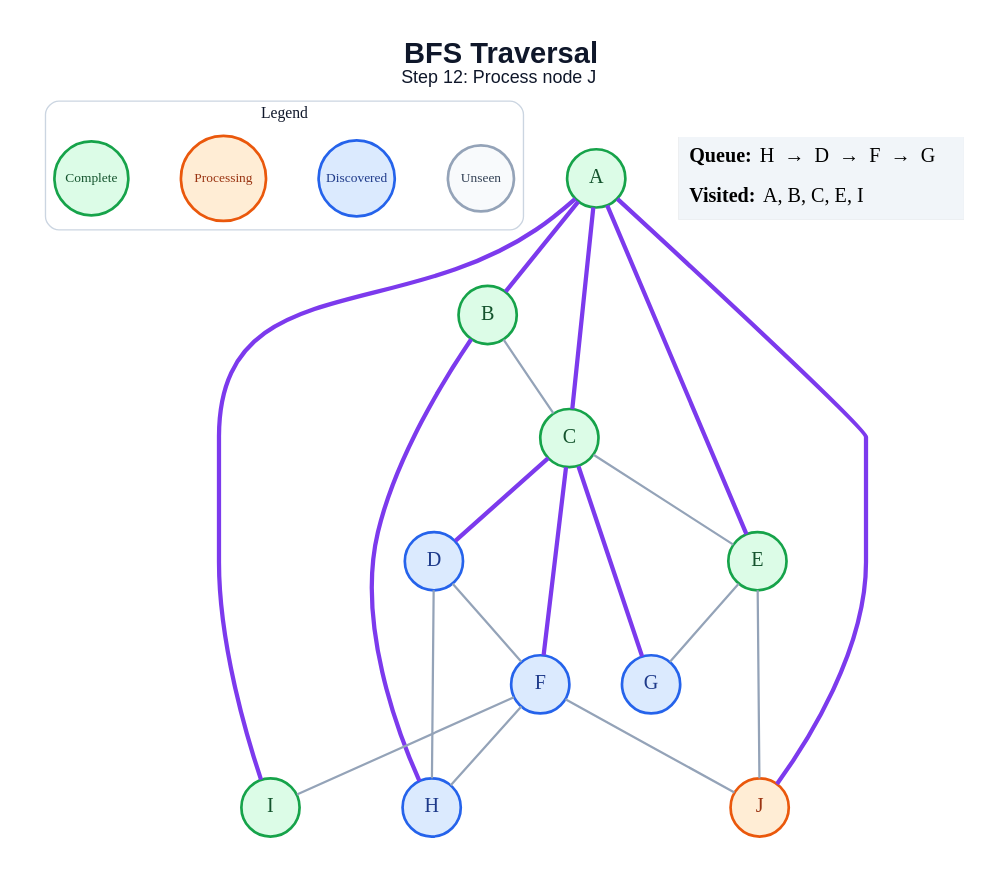
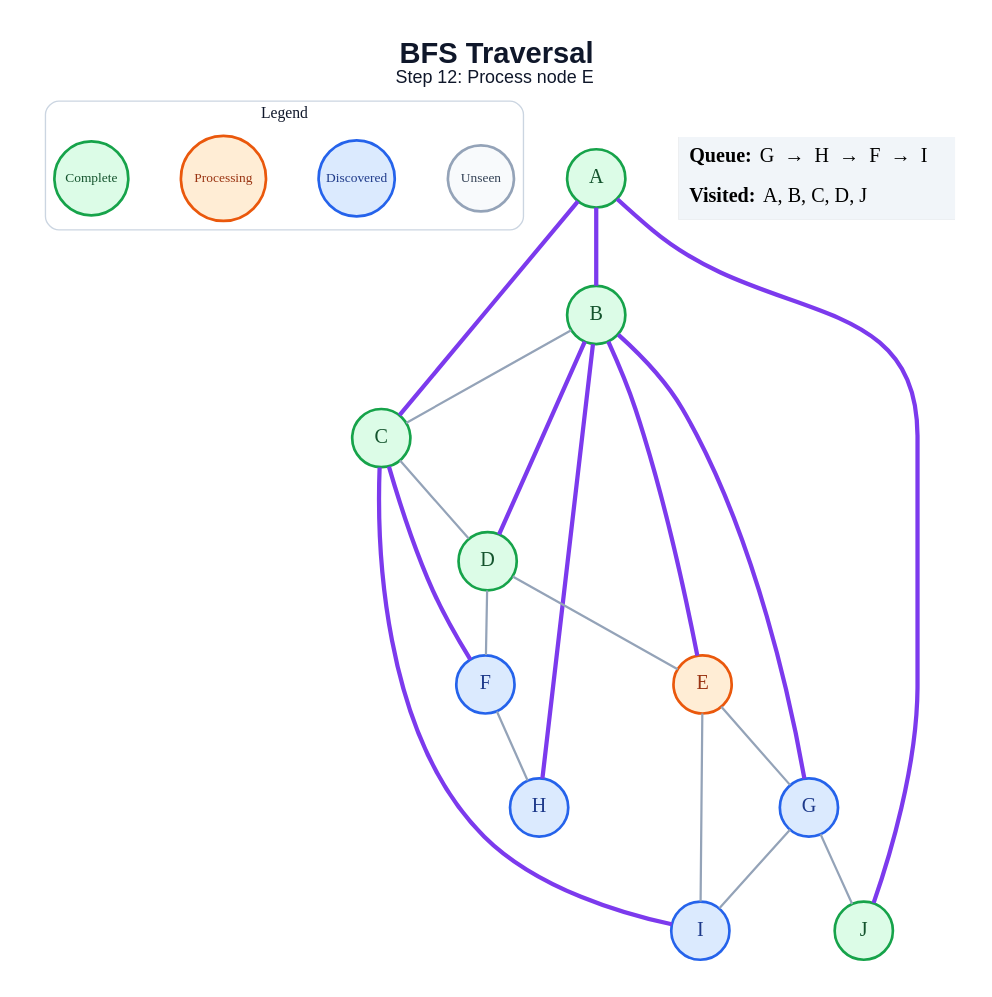
The diagram in generated/bfs/step_12.dot (amanghodawala9/ai-slop), drawn with Graphviz before and after one commit. The commit also changed 178 other files, not shown here.

```diff
--- a/generated/bfs/step_12.dot
+++ b/generated/bfs/step_12.dot
@@ -1,47 +1,47 @@
 graph traversal {
   graph [layout=dot, rankdir=TB, bgcolor="#FFFFFF", pad="0.35", nodesep="0.65", ranksep="0.8", fontname="Arial"];
   node [shape=circle, style="filled", fontname="Arial Bold", fontsize=18, width=0.72, fixedsize=true, penwidth=2.4];
   edge [color="#94A3B8", penwidth=2.0];
-  label=<<B>BFS Traversal</B><BR/><FONT POINT-SIZE="16">Step 12: Process node J</FONT>>; labelloc="t"; fontsize=26; fontname="Arial"; fontcolor="#0F172A";
+  label=<<B>BFS Traversal</B><BR/><FONT POINT-SIZE="16">Step 12: Process node E</FONT>>; labelloc="t"; fontsize=26; fontname="Arial"; fontcolor="#0F172A";
   subgraph cluster_legend { label="Legend"; color="#CBD5E1"; penwidth=1.2; style="rounded"; fontsize=14; fontname="Arial Bold";
     key_unseen [label="Unseen", fillcolor="#F8FAFC", color="#94A3B8", fontcolor="#334155", fontsize=12, width=0.82];
     key_frontier [label="Discovered", fillcolor="#DBEAFE", color="#2563EB", fontcolor="#1E3A8A", fontsize=12, width=0.95];
     key_current [label="Processing", fillcolor="#FFEDD5", color="#EA580C", fontcolor="#9A3412", fontsize=12, width=1.05];
     key_done [label="Complete", fillcolor="#DCFCE7", color="#16A34A", fontcolor="#14532D", fontsize=12, width=0.92];
     { rank=same; key_unseen; key_frontier; key_current; key_done; }
   }
   A [fillcolor="#DCFCE7", color="#16A34A", fontcolor="#14532D"];
   B [fillcolor="#DCFCE7", color="#16A34A", fontcolor="#14532D"];
   C [fillcolor="#DCFCE7", color="#16A34A", fontcolor="#14532D"];
-  D [fillcolor="#DBEAFE", color="#2563EB", fontcolor="#1E3A8A"];
-  E [fillcolor="#DCFCE7", color="#16A34A", fontcolor="#14532D"];
+  D [fillcolor="#DCFCE7", color="#16A34A", fontcolor="#14532D"];
+  E [fillcolor="#FFEDD5", color="#EA580C", fontcolor="#9A3412"];
   F [fillcolor="#DBEAFE", color="#2563EB", fontcolor="#1E3A8A"];
   G [fillcolor="#DBEAFE", color="#2563EB", fontcolor="#1E3A8A"];
   H [fillcolor="#DBEAFE", color="#2563EB", fontcolor="#1E3A8A"];
-  I [fillcolor="#DCFCE7", color="#16A34A", fontcolor="#14532D"];
-  J [fillcolor="#FFEDD5", color="#EA580C", fontcolor="#9A3412"];
+  I [fillcolor="#DBEAFE", color="#2563EB", fontcolor="#1E3A8A"];
+  J [fillcolor="#DCFCE7", color="#16A34A", fontcolor="#14532D"];
   A -- B [color="#7C3AED", penwidth=3.8];
   A -- C [color="#7C3AED", penwidth=3.8];
-  A -- E [color="#7C3AED", penwidth=3.8];
-  A -- I [color="#7C3AED", penwidth=3.8];
   A -- J [color="#7C3AED", penwidth=3.8];
   B -- C;
+  B -- D [color="#7C3AED", penwidth=3.8];
+  B -- E [color="#7C3AED", penwidth=3.8];
+  B -- G [color="#7C3AED", penwidth=3.8];
   B -- H [color="#7C3AED", penwidth=3.8];
-  C -- D [color="#7C3AED", penwidth=3.8];
-  C -- E;
+  C -- D;
   C -- F [color="#7C3AED", penwidth=3.8];
-  C -- G [color="#7C3AED", penwidth=3.8];
+  C -- I [color="#7C3AED", penwidth=3.8];
+  D -- E;
   D -- F;
-  D -- H;
   E -- G;
-  E -- J;
+  E -- I;
   F -- H;
-  F -- I;
-  F -- J;
+  G -- I;
+  G -- J;
   status [shape=plain, fixedsize=false, width=0, height=0, margin=0, label=<
     <TABLE BORDER="0" CELLBORDER="0" CELLPADDING="7" BGCOLOR="#F1F5F9">
-      <TR><TD ALIGN="LEFT"><B>Queue:</B> H  →  D  →  F  →  G</TD></TR>
-      <TR><TD ALIGN="LEFT"><B>Visited:</B> A, B, C, E, I</TD></TR>
+      <TR><TD ALIGN="LEFT"><B>Queue:</B> G  →  H  →  F  →  I</TD></TR>
+      <TR><TD ALIGN="LEFT"><B>Visited:</B> A, B, C, D, J</TD></TR>
     </TABLE>
   >];
 }
```
